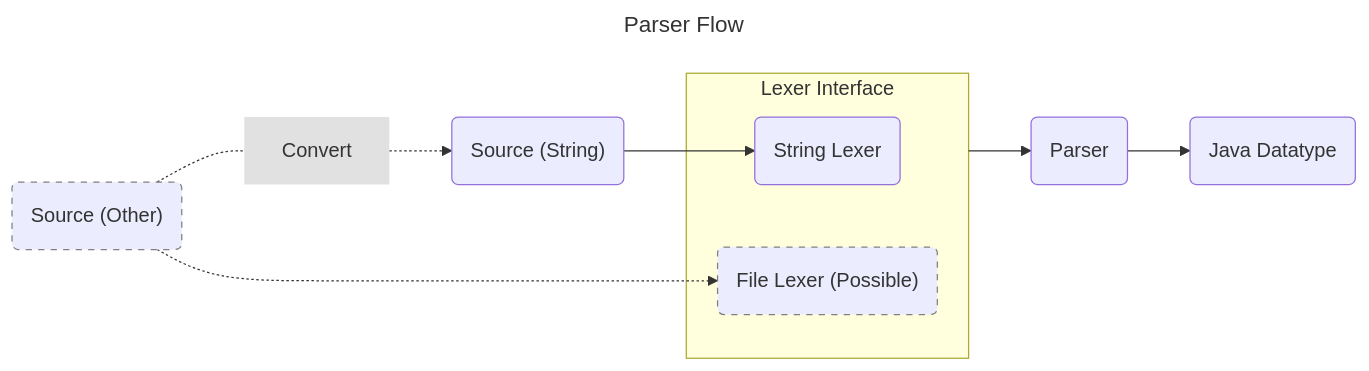
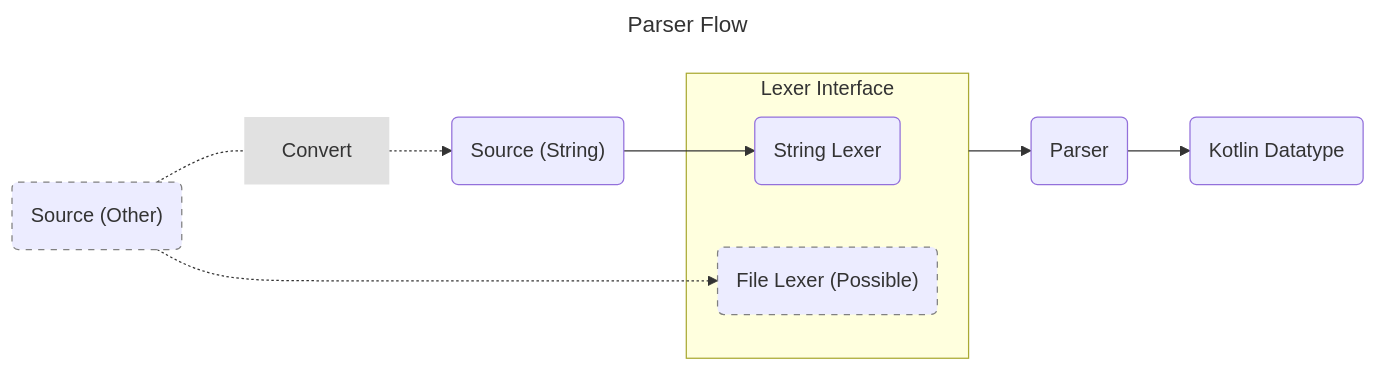
The diagram in README.md (QuickWrite/KotlinJsonParser), drawn with Mermaid before and after one commit.

Commit message:
Change Java to Kotlin
Even though this program runs primarily on the JRE, this is based upon data types that were "migrated" towards Kotlin. So these are technically Kotlin datatypes.

````diff
--- a/README.md
+++ b/README.md
@@ -14,23 +14,23 @@
 ```mermaid
 ---
 title: Parser Flow
 ---
 
 graph LR;
     S("Source (String)")-->L;
     O("Source (Other)")-.- Convert -.->S;
     O-.->LT;
 
     subgraph LI[Lexer Interface]
     L(String Lexer);
     LT("File Lexer (Possible)");
     end
 
     LI-->P(Parser);
-    P-->D(Java Datatype)
+    P-->D(Kotlin Datatype)
     
     style Convert fill:#e1e1e1,stroke:none
     style LT stroke:#808080,stroke-dasharray: 5 5
     style O stroke:#808080,stroke-dasharray: 5 5
 
 ```
````
